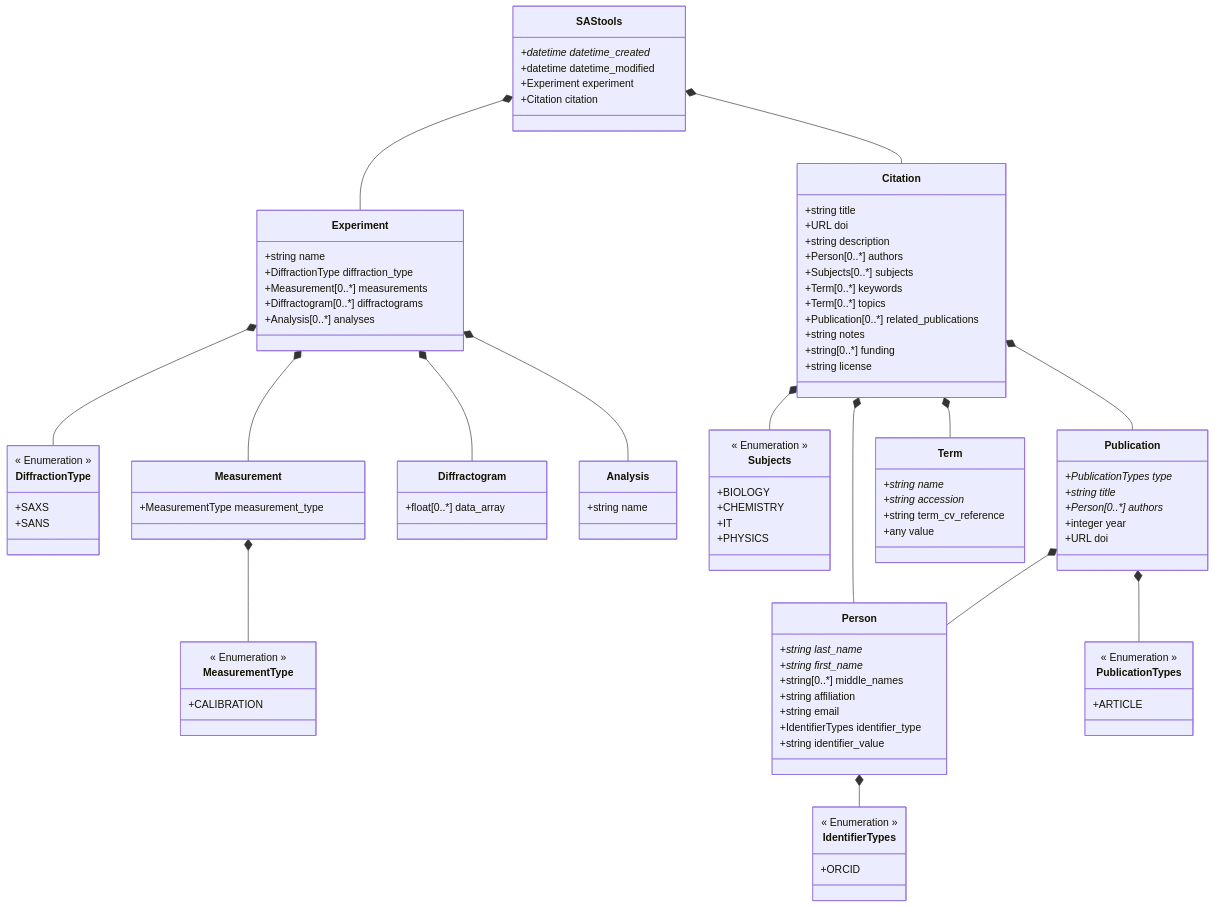
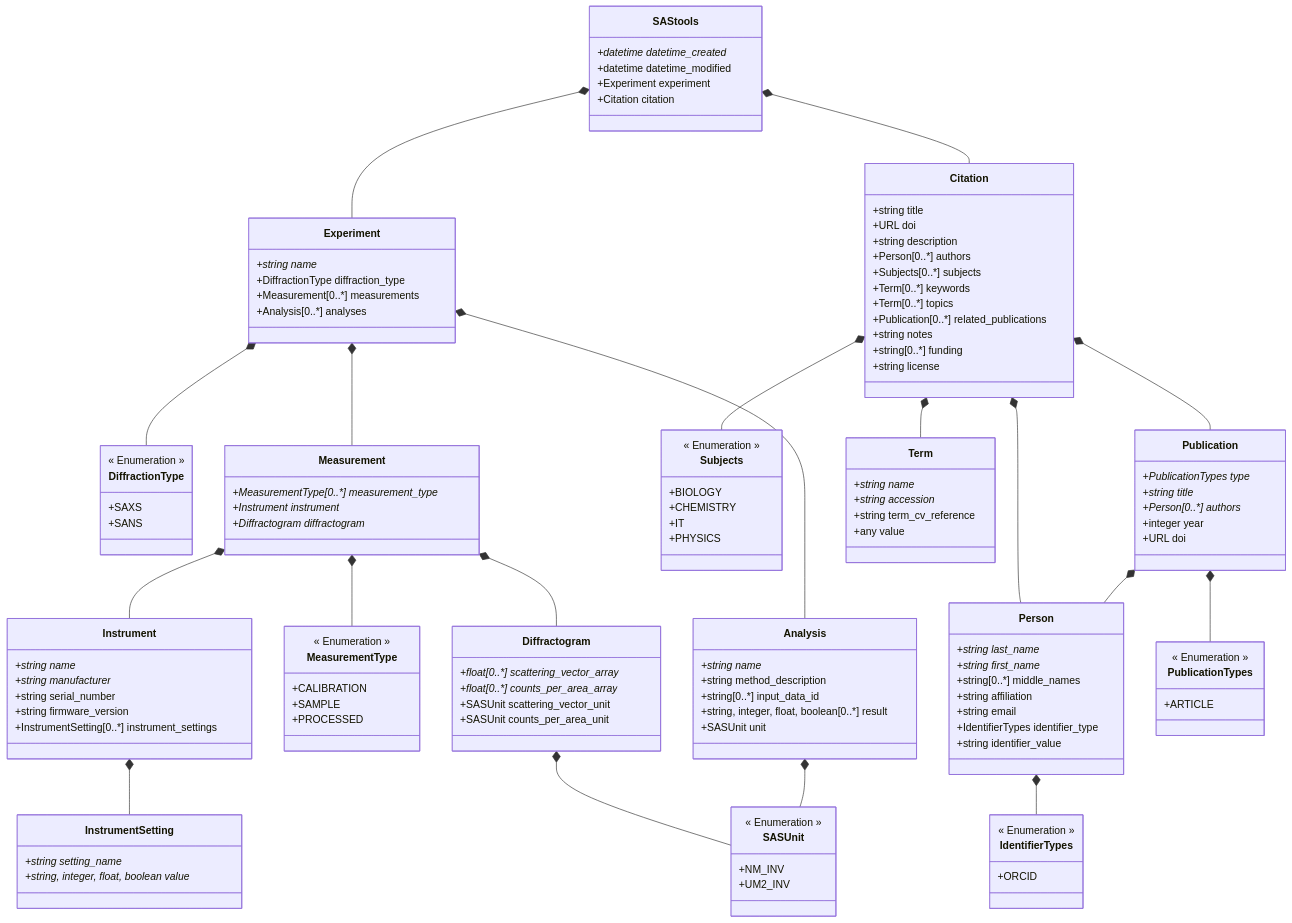
The diagram in sastools/datamodel/schemes/datamodel_schema.md (FAIRChemistry/SAS-tools), drawn with Mermaid before and after one commit. The commit also changed 12 other files, not shown here.

````diff
--- a/sastools/datamodel/schemes/datamodel_schema.md
+++ b/sastools/datamodel/schemes/datamodel_schema.md
@@ -4,9 +4,13 @@
     SAStools *-- Citation
     Experiment *-- DiffractionType
     Experiment *-- Measurement
-    Experiment *-- Diffractogram
     Experiment *-- Analysis
     Measurement *-- MeasurementType
+    Measurement *-- Instrument
+    Measurement *-- Diffractogram
+    Instrument *-- InstrumentSetting
+    Diffractogram *-- SASUnit
+    Analysis *-- SASUnit
     Citation *-- Subjects
     Citation *-- Person
     Citation *-- Publication
@@ -23,23 +27,44 @@
     }
     
     class Experiment {
-        +string name
+        +string name*
         +DiffractionType diffraction_type
         +Measurement[0..*] measurements
-        +Diffractogram[0..*] diffractograms
         +Analysis[0..*] analyses
     }
     
     class Measurement {
-        +MeasurementType measurement_type
+        +MeasurementType[0..*] measurement_type*
+        +Instrument instrument*
+        +Diffractogram diffractogram*
+    }
+    
+    class Instrument {
+        +string name*
+        +string manufacturer*
+        +string serial_number
+        +string firmware_version
+        +InstrumentSetting[0..*] instrument_settings
+    }
+    
+    class InstrumentSetting {
+        +string setting_name*
+        +string, integer, float, boolean value*
     }
     
     class Diffractogram {
-        +float[0..*] data_array
+        +float[0..*] scattering_vector_array*
+        +float[0..*] counts_per_area_array*
+        +SASUnit scattering_vector_unit
+        +SASUnit counts_per_area_unit
     }
     
     class Analysis {
-        +string name
+        +string name*
+        +string method_description
+        +string[0..*] input_data_id
+        +string, integer, float, boolean[0..*] result
+        +SASUnit unit
     }
     
     class Citation {
@@ -108,6 +133,14 @@
     class MeasurementType {
         << Enumeration >>
         +CALIBRATION
+        +SAMPLE
+        +PROCESSED
+    }
+    
+    class SASUnit {
+        << Enumeration >>
+        +NM_INV
+        +UM2_INV
     }
     
 ```
````
